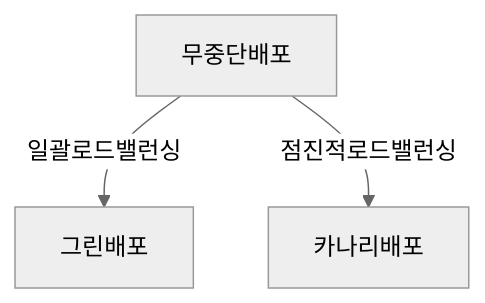
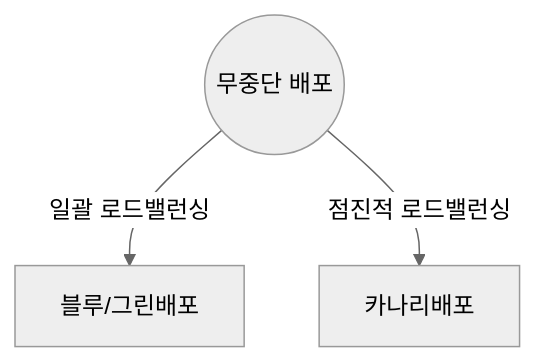
Before and after one commit to gracefullight/gracefullight.github.io: the first of 5 diagrams in blog/pe/ca/reverse-proxy-load-balancer-green-and-canary-deployment.md, drawn with Mermaid (neutral theme). The commit also changed other lines of this file and 10 other files, not shown here.

````diff
--- a/blog/pe/ca/reverse-proxy-load-balancer-green-and-canary-deployment.md
+++ b/blog/pe/ca/reverse-proxy-load-balancer-green-and-canary-deployment.md
@@ -13,6 +13,6 @@
 ```mermaid
 graph TB
-  무중단배포
-  무중단배포 -->|일괄로드밸런싱| 그린배포
-  무중단배포 -->|점진적로드밸런싱| 카나리배포
+  무중단배포((무중단 배포))
+  무중단배포 -->|일괄 로드밸런싱| 블루/그린배포
+  무중단배포 -->|점진적 로드밸런싱| 카나리배포
 ```
````
